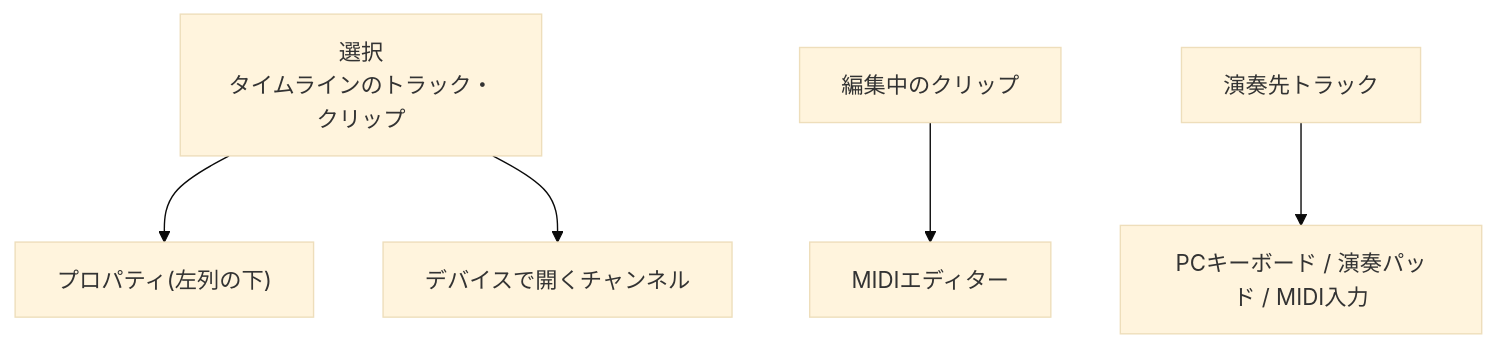
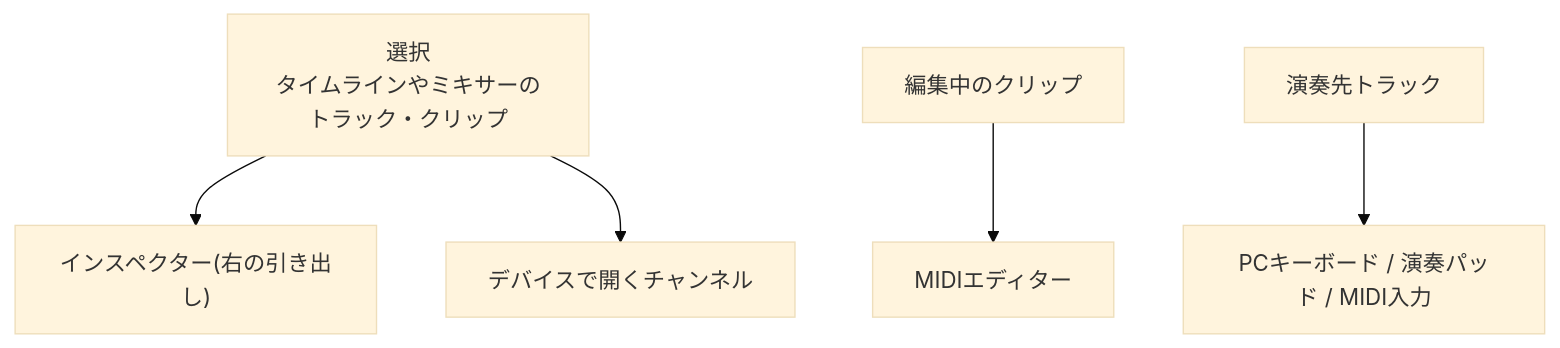
One commit to endo-ly/riffra changed the diagram in docs/ui-design.md. Above: the diagram before and after it, drawn with Mermaid (base theme). The commit also changed other lines of this file and 42 other files, not shown here.

````diff
--- a/docs/ui-design.md
+++ b/docs/ui-design.md
@@ -42,7 +42,7 @@
 ```mermaid
 flowchart TD
-    SEL["選択<br/>タイムラインのトラック・クリップ"] --> PROP["プロパティ(左列の下)"]
+    SEL["選択<br/>タイムラインやミキサーのトラック・クリップ"] --> PROP["インスペクター(右の引き出し)"]
     SEL --> DEV["デバイスで開くチャンネル"]
     CLIP["編集中のクリップ"] --> ED["MIDIエディター"]
     FOCUS["演奏先トラック"] --> KEY["PCキーボード / 演奏パッド / MIDI入力"]
 ```
````
